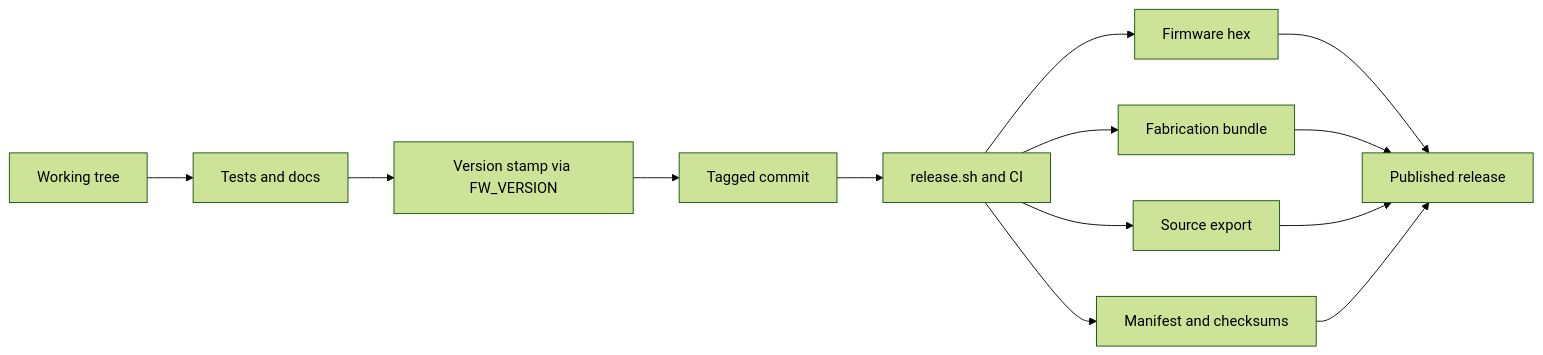
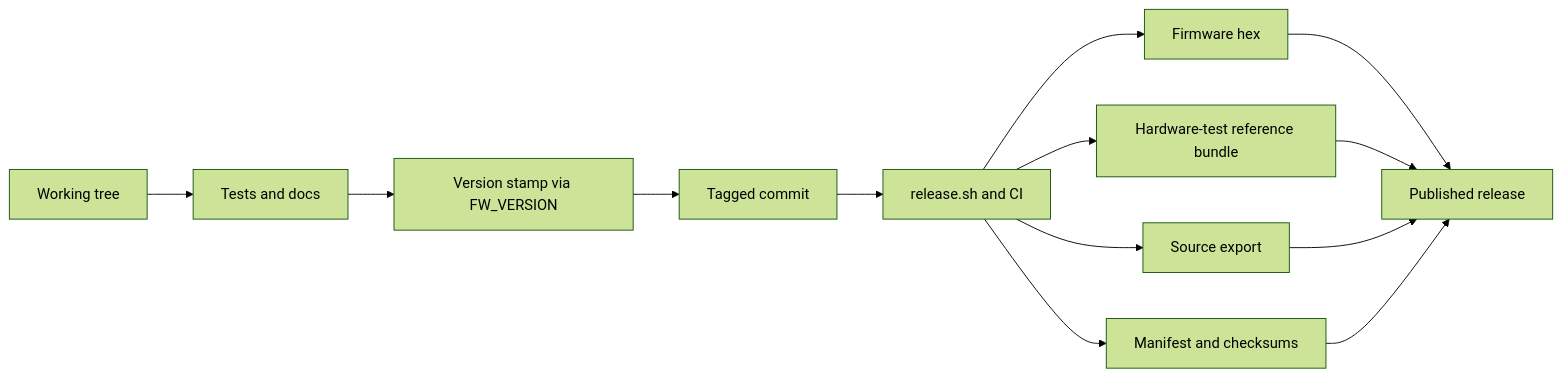
The diagram in docs/release/ReleaseStory.md (bseverns/MOARkNOBS-42), drawn with Mermaid (forest theme) before and after one commit. The commit also changed other lines of this file and 13 other files, not shown here.

````diff
--- a/docs/release/ReleaseStory.md
+++ b/docs/release/ReleaseStory.md
@@ -24,15 +24,15 @@
 ```mermaid
 flowchart LR
   A[Working tree] --> B[Tests and docs]
   B --> C[Version stamp via FW_VERSION]
   C --> D[Tagged commit]
   D --> E[release.sh and CI]
   E --> F[Firmware hex]
-  E --> G[Fabrication bundle]
+  E --> G[Hardware-test reference bundle]
   E --> H[Source export]
   E --> I[Manifest and checksums]
   F --> J[Published release]
   G --> J
   H --> J
   I --> J
 ```
````
